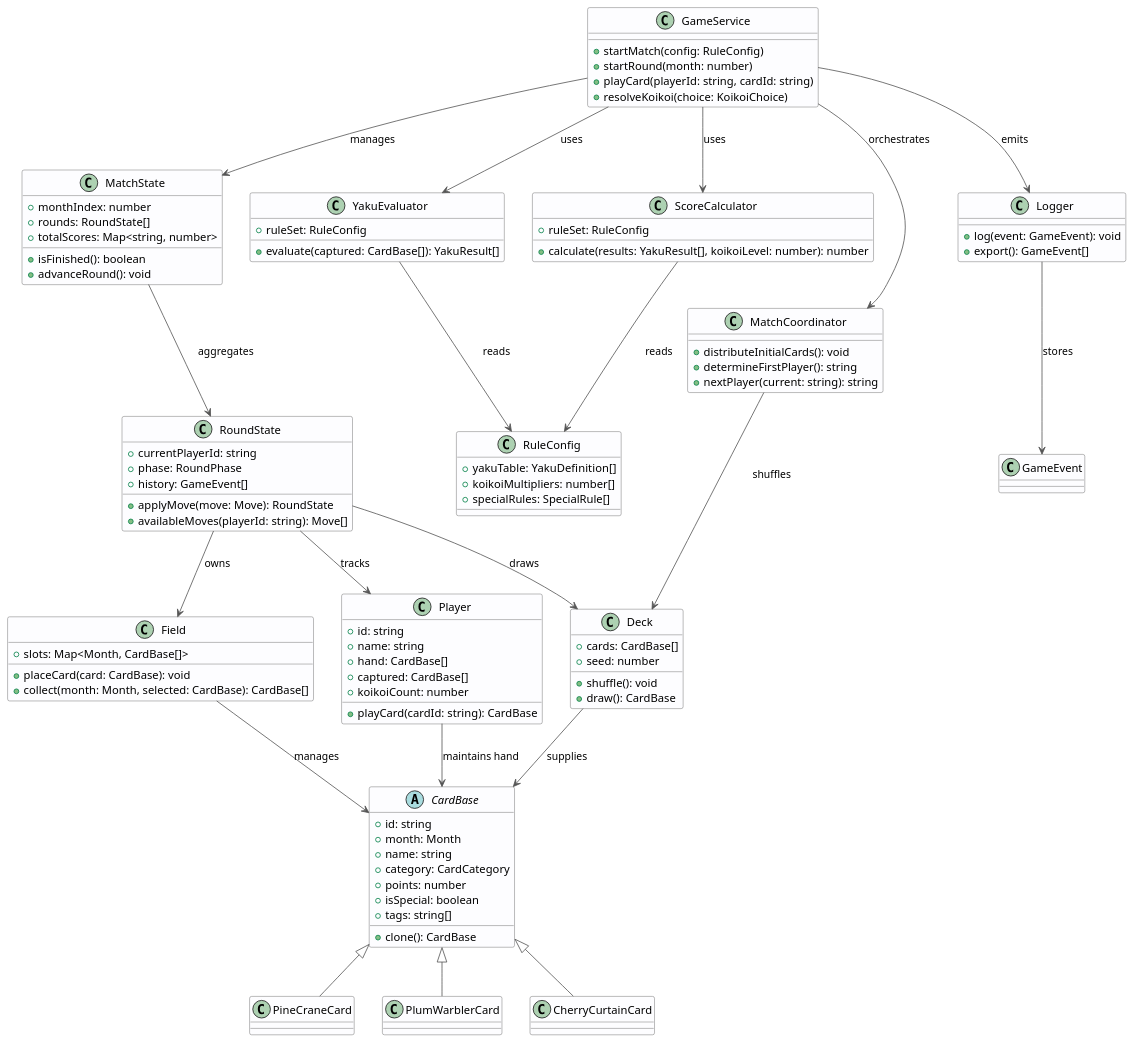
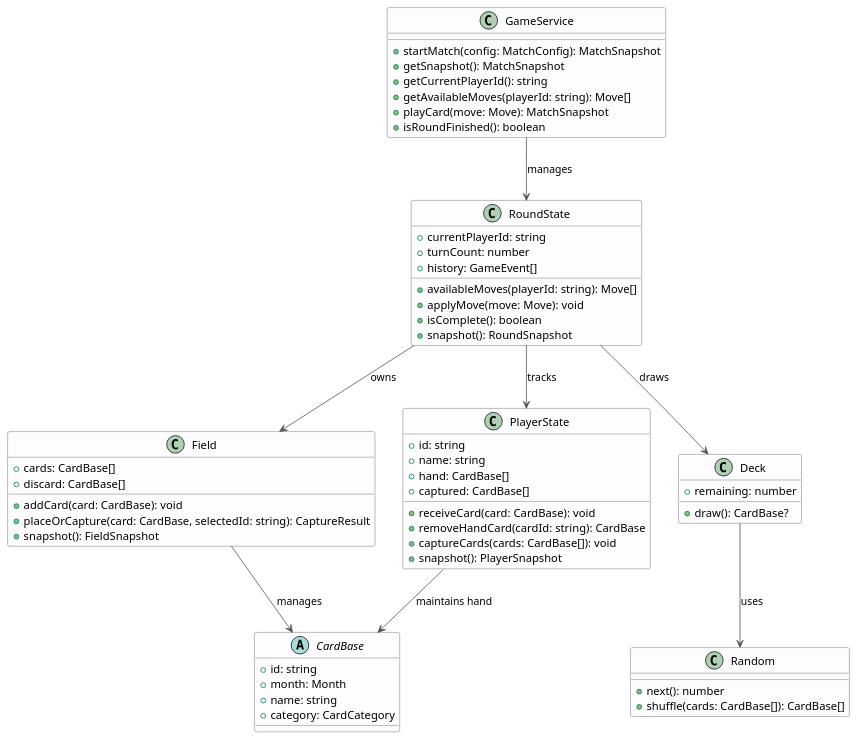
The diagram in spec/class_diagram.md (nagato0614/hanafuda.io), drawn with PlantUML before and after one commit. The commit also changed 10 other files, not shown here.

````diff
--- a/spec/class_diagram.md
+++ b/spec/class_diagram.md
@@ -13,48 +13,51 @@
 }
 
 class GameService {
-  +startMatch(config: RuleConfig)
-  +startRound(month: number)
-  +playCard(playerId: string, cardId: string)
-  +resolveKoikoi(choice: KoikoiChoice)
-}
-
-class MatchState {
-  +monthIndex: number
-  +rounds: RoundState[]
-  +totalScores: Map<string, number>
-  +isFinished(): boolean
-  +advanceRound(): void
+  +startMatch(config: MatchConfig): MatchSnapshot
+  +getSnapshot(): MatchSnapshot
+  +getCurrentPlayerId(): string
+  +getAvailableMoves(playerId: string): Move[]
+  +playCard(move: Move): MatchSnapshot
+  +isRoundFinished(): boolean
 }
 
 class RoundState {
   +currentPlayerId: string
-  +phase: RoundPhase
+  +turnCount: number
   +history: GameEvent[]
-  +applyMove(move: Move): RoundState
   +availableMoves(playerId: string): Move[]
+  +applyMove(move: Move): void
+  +isComplete(): boolean
+  +snapshot(): RoundSnapshot
 }
 
 class Field {
-  +slots: Map<Month, CardBase[]>
-  +placeCard(card: CardBase): void
-  +collect(month: Month, selected: CardBase): CardBase[]
+  +cards: CardBase[]
+  +discard: CardBase[]
+  +addCard(card: CardBase): void
+  +placeOrCapture(card: CardBase, selectedId: string): CaptureResult
+  +snapshot(): FieldSnapshot
 }
 
-class Player {
+class PlayerState {
   +id: string
   +name: string
   +hand: CardBase[]
   +captured: CardBase[]
-  +koikoiCount: number
-  +playCard(cardId: string): CardBase
+  +receiveCard(card: CardBase): void
+  +removeHandCard(cardId: string): CardBase
+  +captureCards(cards: CardBase[]): void
+  +snapshot(): PlayerSnapshot
 }
 
 class Deck {
-  +cards: CardBase[]
-  +seed: number
-  +shuffle(): void
-  +draw(): CardBase
+  +draw(): CardBase?
+  +remaining: number
+}
+
+class Random {
+  +next(): number
+  +shuffle(cards: CardBase[]): CardBase[]
 }
 
 abstract class CardBase {
@@ -62,62 +65,14 @@
   +month: Month
   +name: string
   +category: CardCategory
-  +points: number
-  +isSpecial: boolean
-  +tags: string[]
-  +clone(): CardBase
 }
 
-class PineCraneCard
-class PlumWarblerCard
-class CherryCurtainCard
-
-class YakuEvaluator {
-  +ruleSet: RuleConfig
-  +evaluate(captured: CardBase[]): YakuResult[]
-}
-
-class ScoreCalculator {
-  +ruleSet: RuleConfig
-  +calculate(results: YakuResult[], koikoiLevel: number): number
-}
-
-class RuleConfig {
-  +yakuTable: YakuDefinition[]
-  +koikoiMultipliers: number[]
-  +specialRules: SpecialRule[]
-}
-
-class MatchCoordinator {
-  +distributeInitialCards(): void
-  +determineFirstPlayer(): string
-  +nextPlayer(current: string): string
-}
-
-class Logger {
-  +log(event: GameEvent): void
-  +export(): GameEvent[]
-}
-
-GameService --> MatchState : manages
-GameService --> YakuEvaluator : uses
-GameService --> ScoreCalculator : uses
-GameService --> MatchCoordinator : orchestrates
-GameService --> Logger : emits
-MatchState --> RoundState : aggregates
+GameService --> RoundState : manages
 RoundState --> Field : owns
-RoundState --> Player : tracks
+RoundState --> PlayerState : tracks
 RoundState --> Deck : draws
-Player --> CardBase : maintains hand
+Deck --> Random : uses
+PlayerState --> CardBase : maintains hand
 Field --> CardBase : manages
-Deck --> CardBase : supplies
-YakuEvaluator --> RuleConfig : reads
-ScoreCalculator --> RuleConfig : reads
-MatchCoordinator --> Deck : shuffles
-Logger --> GameEvent : stores
-
-CardBase <|-- PineCraneCard
-CardBase <|-- PlumWarblerCard
-CardBase <|-- CherryCurtainCard
 @enduml
 ```
````
